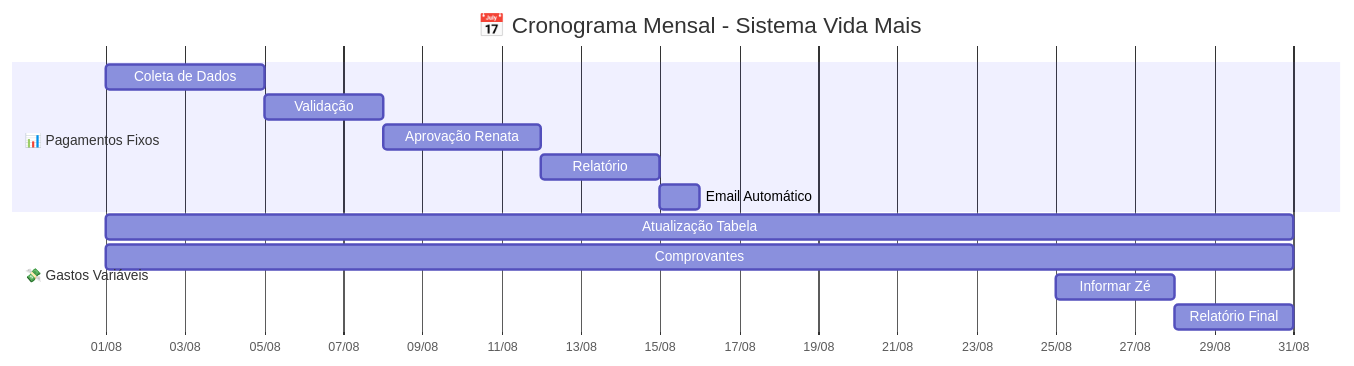
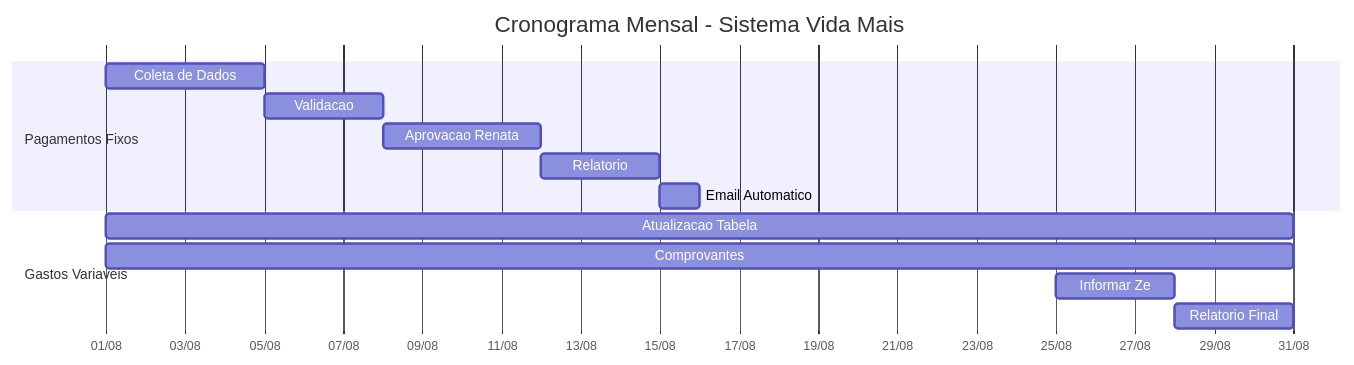
The fourth of 6 diagrams in FLUXO_REAL_VIDA_MAIS.md (emanuelcosta-git/epoch-dream-builder), drawn with Mermaid before and after one commit. The commit also changed other lines of this file, not shown here.

First line of the commit message:
Refactor flowcharts and diagrams for clarity

````diff
--- a/FLUXO_REAL_VIDA_MAIS.md
+++ b/FLUXO_REAL_VIDA_MAIS.md
@@ -186,19 +186,19 @@
 ```mermaid
 gantt
-    title 📅 Cronograma Mensal - Sistema Vida Mais
+    title Cronograma Mensal - Sistema Vida Mais
     dateFormat  DD/MM
     axisFormat %d/%m
     
-    section 📊 Pagamentos Fixos
+    section Pagamentos Fixos
     Coleta de Dados        :01/08, 05/08
-    Validação              :05/08, 08/08
-    Aprovação Renata       :08/08, 12/08
-    Relatório              :12/08, 15/08
-    Email Automático       :15/08, 16/08
+    Validacao              :05/08, 08/08
+    Aprovacao Renata       :08/08, 12/08
+    Relatorio              :12/08, 15/08
+    Email Automatico       :15/08, 16/08
     
-    section 💸 Gastos Variáveis
-    Atualização Tabela     :01/08, 31/08
+    section Gastos Variaveis
+    Atualizacao Tabela     :01/08, 31/08
     Comprovantes           :01/08, 31/08
-    Informar Zé            :25/08, 28/08
-    Relatório Final        :28/08, 31/08
+    Informar Ze            :25/08, 28/08
+    Relatorio Final        :28/08, 31/08
 ```
````
